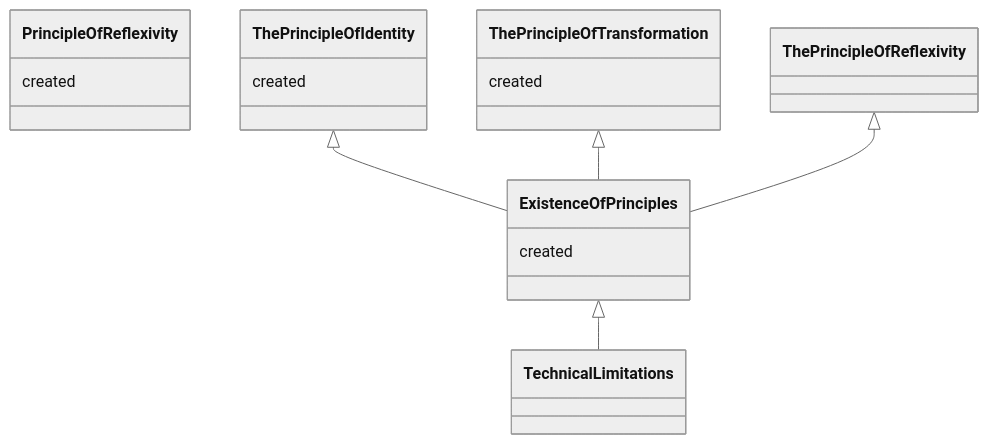
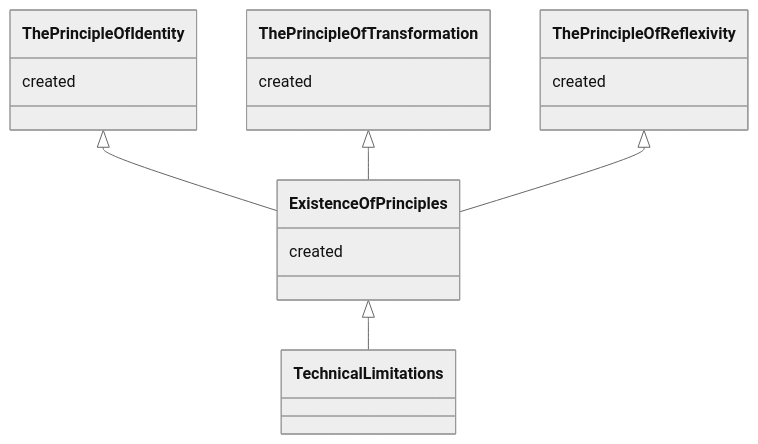
One commit to the-laurel/chain-proposals changed the third of 4 diagrams in evmos/PrecedenceGraph.md. Above: the diagram before and after it, drawn with Mermaid (neutral theme).

````diff
--- a/evmos/PrecedenceGraph.md
+++ b/evmos/PrecedenceGraph.md
@@ -71,30 +71,30 @@
 ```mermaid
 classDiagram
 
-class Principle Of Reflexivity  {
+class The Principle Of Reflexivity  {
   created
 }
-link Principle Of Reflexivity "https://github.com/the-laurel/chain-proposals/blob/main/evmos/PrincipleOfReflexivity.md" 
+link The Principle Of Reflexivity "https://github.com/the-laurel/chain-proposals/blob/main/evmos/PrincipleOfReflexivity.md" 
 
 class The Principle Of Identity  {
   created
 }
-link Principle Of Identity "https://github.com/the-laurel/chain-proposals/blob/main/evmos/PrincipleOfIdentity.md" 
+link The Principle Of Identity "https://github.com/the-laurel/chain-proposals/blob/main/evmos/PrincipleOfIdentity.md" 
 
 class The Principle Of Transformation  {
   created
 }
-link Principle Of Transformation "https://github.com/the-laurel/chain-proposals/blob/main/evmos/PrincipleOfTransformation.md" 
+link The Principle Of Transformation "https://github.com/the-laurel/chain-proposals/blob/main/evmos/PrincipleOfTransformation.md" 
 
 class Existence Of Principles {
   created
 }
 link Existence Of Principles "https://github.com/the-laurel/chain-proposals/blob/main/evmos/ExistenceOfPrinciples.md" 
 
 The Principle Of Identity  <|-- Existence Of Principles 
 The Principle Of Transformation <|-- Existence Of Principles 
 The Principle Of Reflexivity <|-- Existence Of Principles 
 
 Existence Of Principles <|-- Technical Limitations
 
 ```
````
